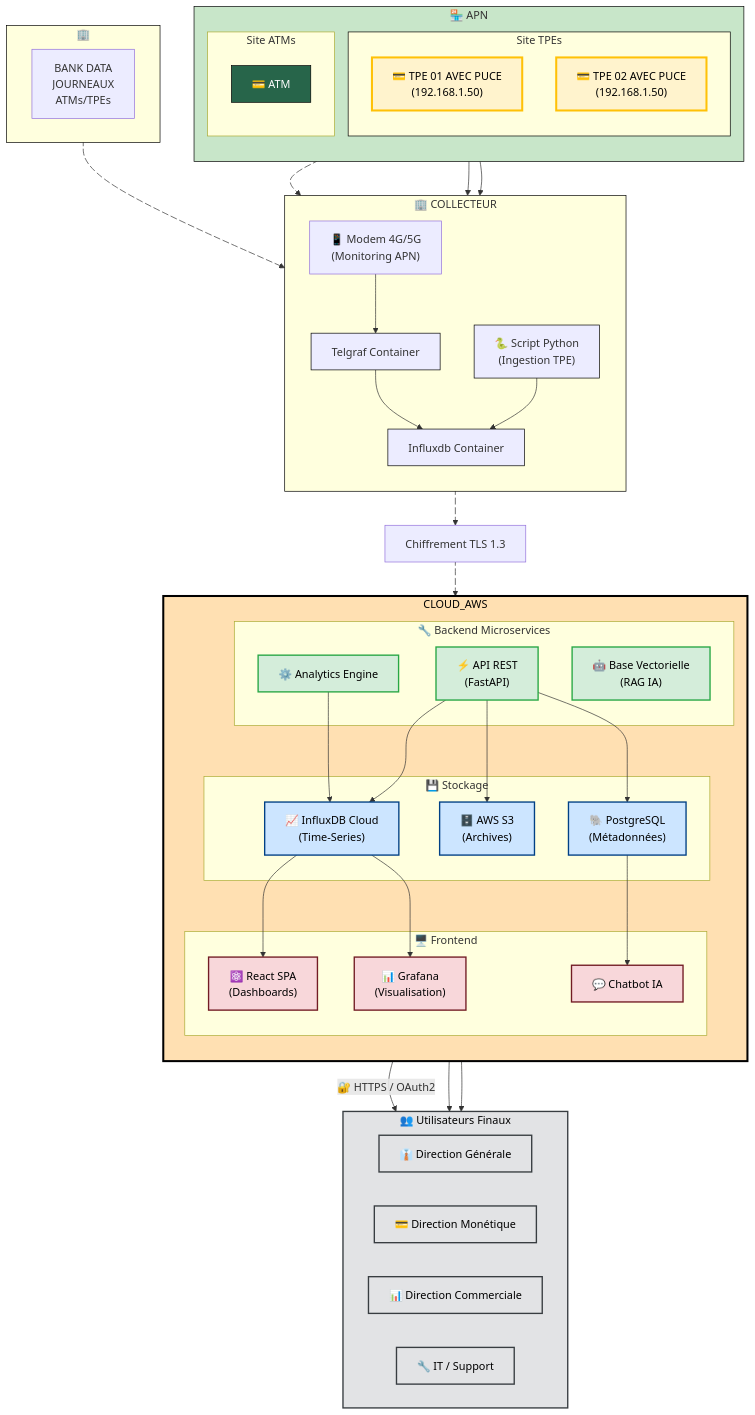
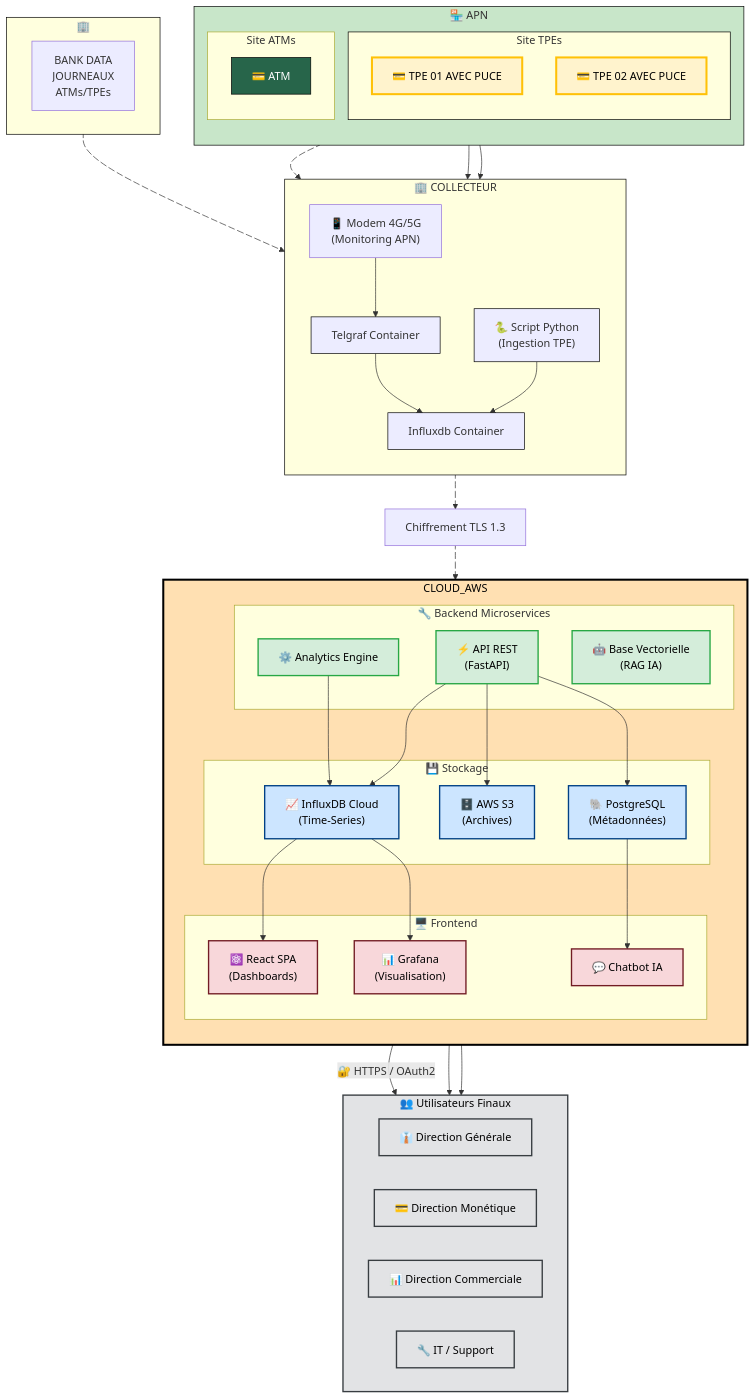
One commit to ykossi/dns_filter_list01 changed the diagram in arch_pulse_01.md. Above: the diagram before and after it, drawn with Mermaid.

Commit message:
Simplify TPE descriptions by removing IP addresses
Removed IP addresses from TPE descriptions for clarity.

```diff
--- a/arch_pulse_01.md
+++ b/arch_pulse_01.md
@@ -35,8 +35,8 @@
         IT["🔧 IT / Support"]
   end
  subgraph SITE1["Site TPEs"]
-        TPE1A["💳 TPE 01 AVEC PUCE<br>(192.168.1.50)"]
-        n6["💳 TPE 02 AVEC PUCE<br>(192.168.1.50)"]
+        TPE1A["💳 TPE 01 AVEC PUCE"]
+        n6["💳 TPE 02 AVEC PUCE"]
   end
  subgraph SITE2["Site ATMs<br>"]
         TPE2A["💳 ATM"]
```
